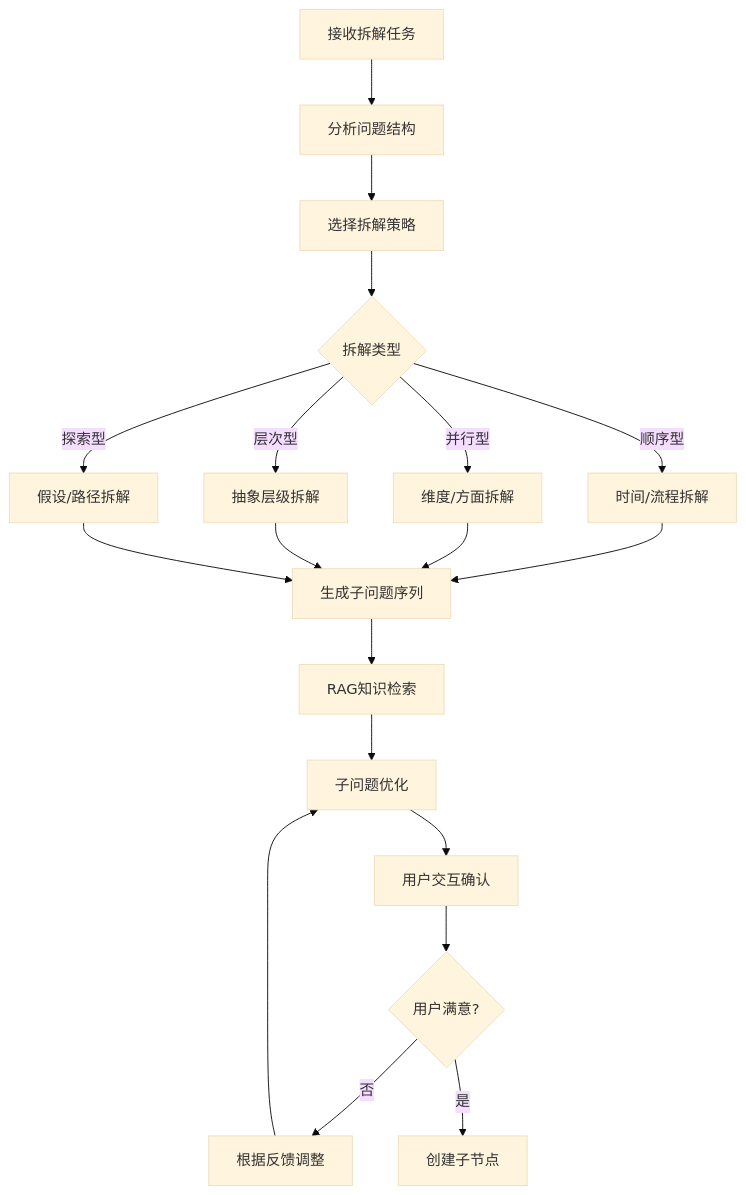
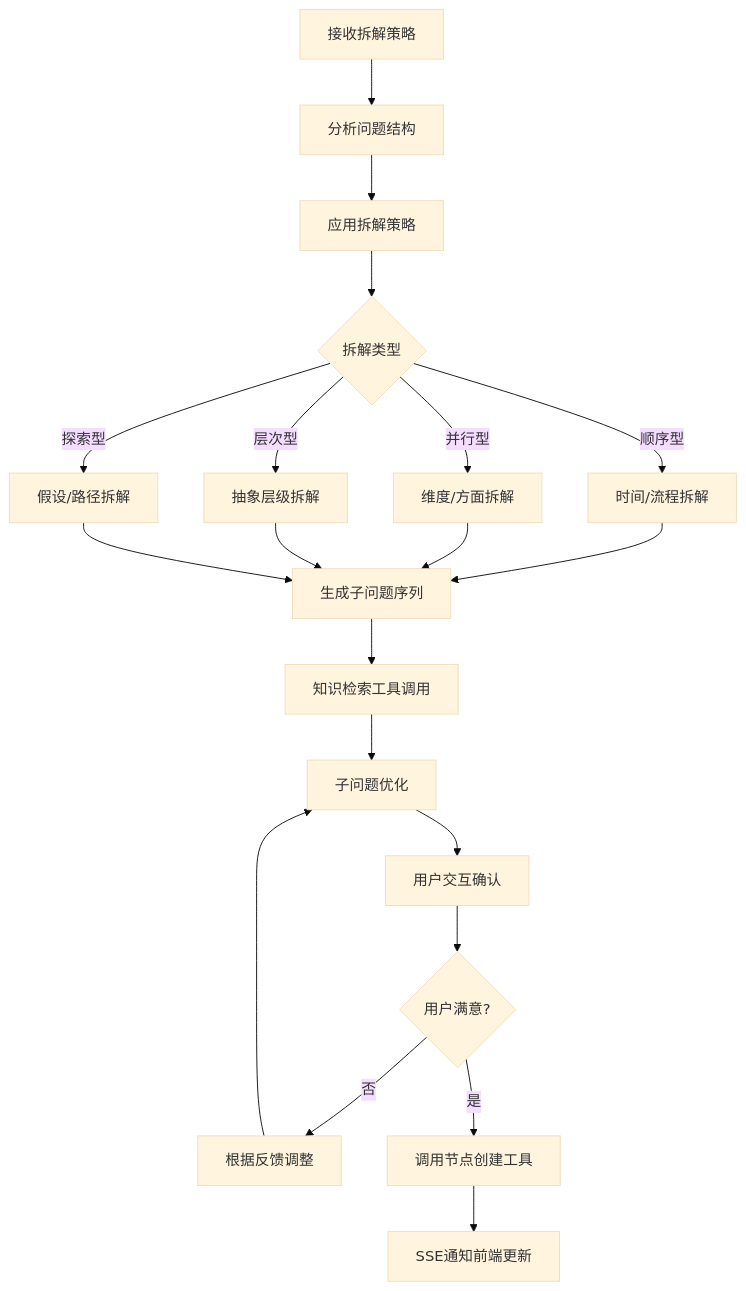
Before and after one commit to PGshen/thinking-map: the fourth of 7 diagrams in docs/agent-system-design.md, drawn with Mermaid (base theme). The commit also changed other lines of this file, not shown here.

````diff
--- a/docs/agent-system-design.md
+++ b/docs/agent-system-design.md
@@ -115,23 +141,24 @@
 ```mermaid
 flowchart TD
-    A[接收拆解任务] --> B[分析问题结构]
-    B --> C[选择拆解策略]
+    A[接收拆解策略] --> B[分析问题结构]
+    B --> C[应用拆解策略]
     C --> D{拆解类型}
     D -->|顺序型| E[时间/流程拆解]
     D -->|并行型| F[维度/方面拆解]
     D -->|层次型| G[抽象层级拆解]
     D -->|探索型| H[假设/路径拆解]
     
     E --> I[生成子问题序列]
     F --> I
     G --> I
     H --> I
     
-    I --> J[RAG知识检索]
+    I --> J[知识检索工具调用]
     J --> K[子问题优化]
     K --> L[用户交互确认]
     L --> M{用户满意?}
     M -->|否| N[根据反馈调整]
     N --> K
-    M -->|是| O[创建子节点]
+    M -->|是| O[调用节点创建工具]
+    O --> P[SSE通知前端更新]
 ```
````
